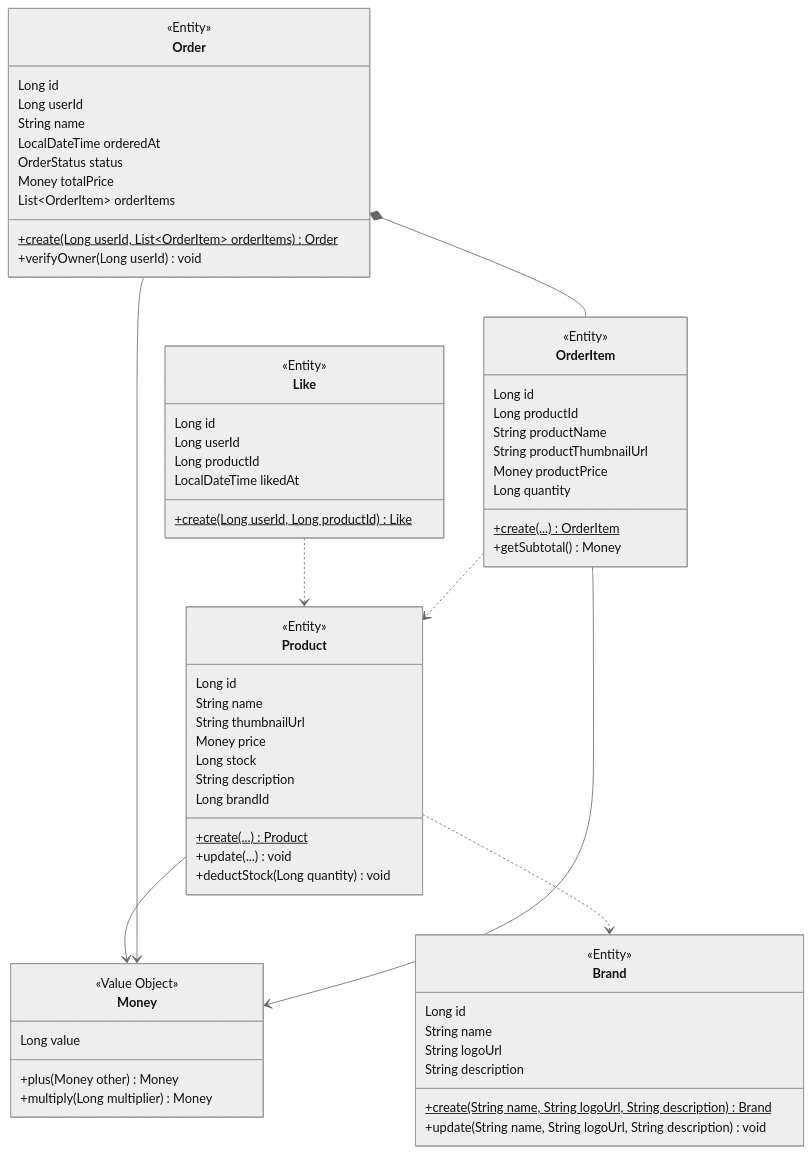
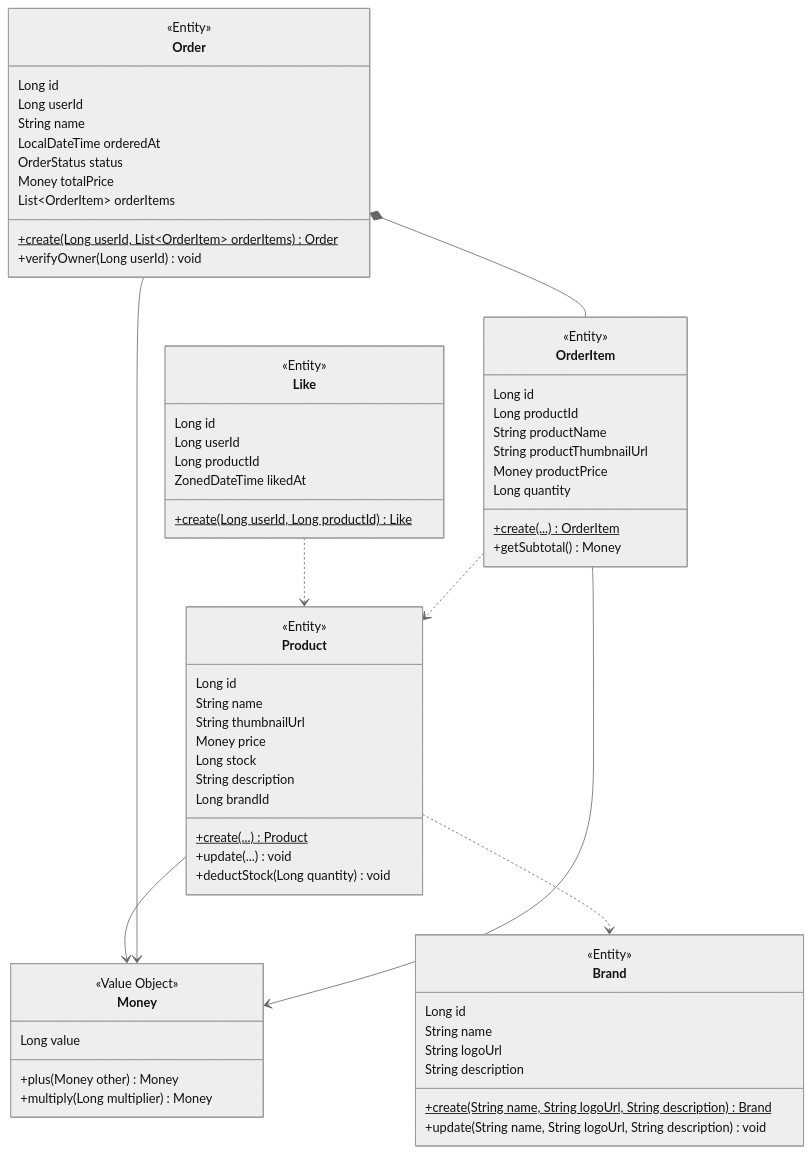
Before and after one commit to Loopers-dev-lab/loop-pack-be-l2-vol3-java: the diagram in .docs/design/03-class-diagram.md, drawn with Mermaid (neutral theme). The commit also changed 17 other files, not shown here.

```diff
--- a/.docs/design/03-class-diagram.md
+++ b/.docs/design/03-class-diagram.md
@@ -76,7 +76,7 @@
         Long id
         Long userId
         Long productId
-        LocalDateTime likedAt
+        ZonedDateTime likedAt
         +create(Long userId, Long productId)$ Like
     }
 
```
